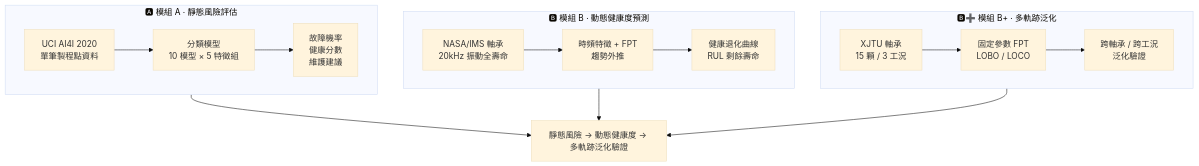
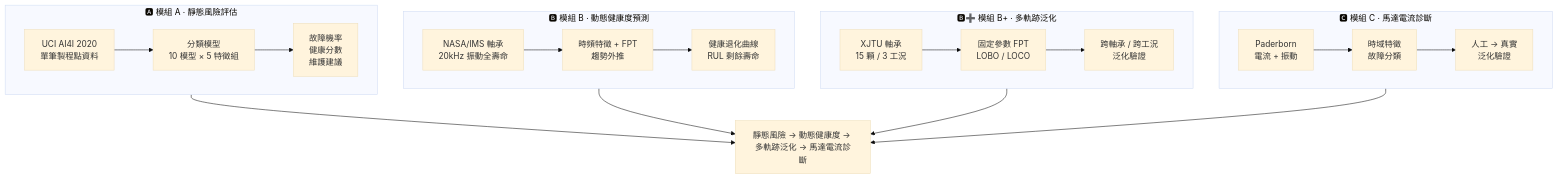
Before and after one commit to ChenYuHsu413/AIFinalProject: the diagram in README.md, drawn with Mermaid (base theme). The commit also changed other lines of this file and 16 other files, not shown here.

````diff
--- a/README.md
+++ b/README.md
@@ -70,18 +70,23 @@
 ```mermaid
 flowchart TB
     subgraph MA["🅰 模組 A · 靜態風險評估"]
       direction LR
       A1["UCI AI4I 2020<br/>單筆製程點資料"] --> A2["分類模型<br/>10 模型 × 5 特徵組"] --> A3["故障機率<br/>健康分數<br/>維護建議"]
     end
     subgraph MB["🅱 模組 B · 動態健康度預測"]
       direction LR
       B1["NASA/IMS 軸承<br/>20kHz 振動全壽命"] --> B2["時頻特徵 + FPT<br/>趨勢外推"] --> B3["健康退化曲線<br/>RUL 剩餘壽命"]
     end
     subgraph MBP["🅱➕ 模組 B+ · 多軌跡泛化"]
       direction LR
       C1["XJTU 軸承<br/>15 顆 / 3 工況"] --> C2["固定參數 FPT<br/>LOBO / LOCO"] --> C3["跨軸承 / 跨工況<br/>泛化驗證"]
     end
-    MA --> GOAL["靜態風險 → 動態健康度 → 多軌跡泛化驗證"]
+    subgraph MC["🅲 模組 C · 馬達電流診斷"]
+      direction LR
+      D1["Paderborn<br/>電流 + 振動"] --> D2["時域特徵<br/>故障分類"] --> D3["人工 → 真實<br/>泛化驗證"]
+    end
+    MA --> GOAL["靜態風險 → 動態健康度 → 多軌跡泛化 → 馬達電流診斷"]
     MB --> GOAL
     MBP --> GOAL
+    MC --> GOAL
 ```
````
